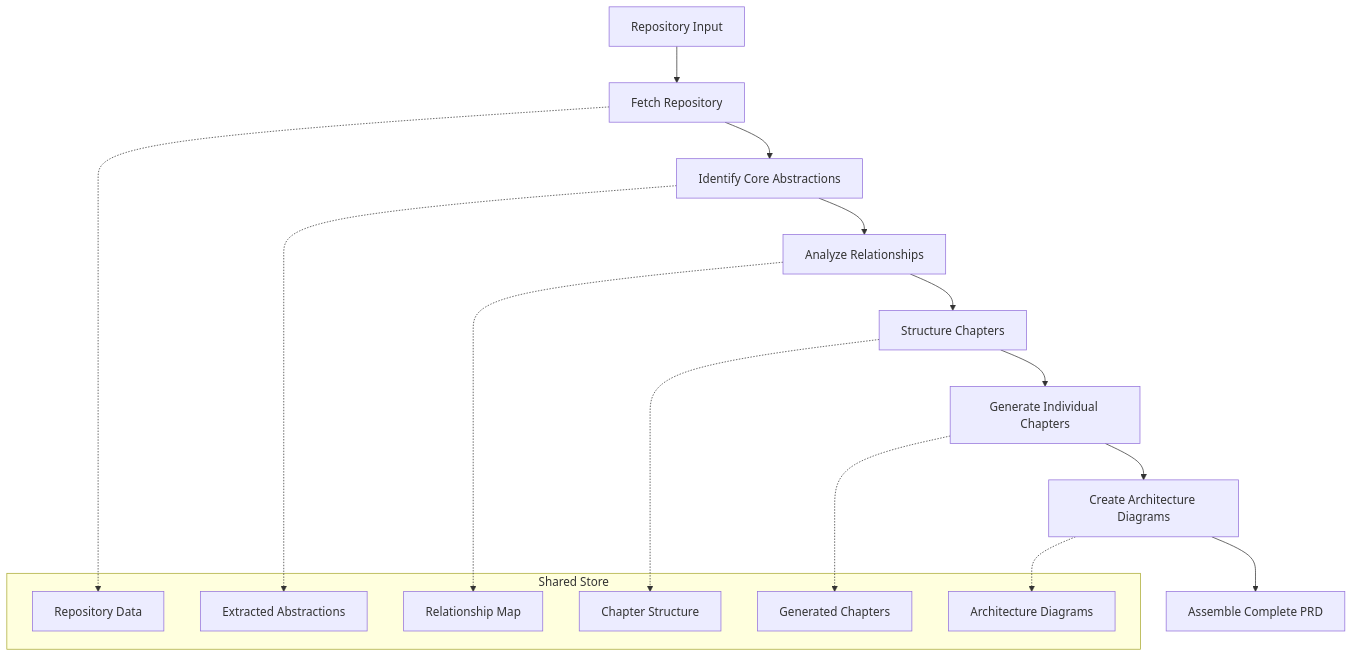
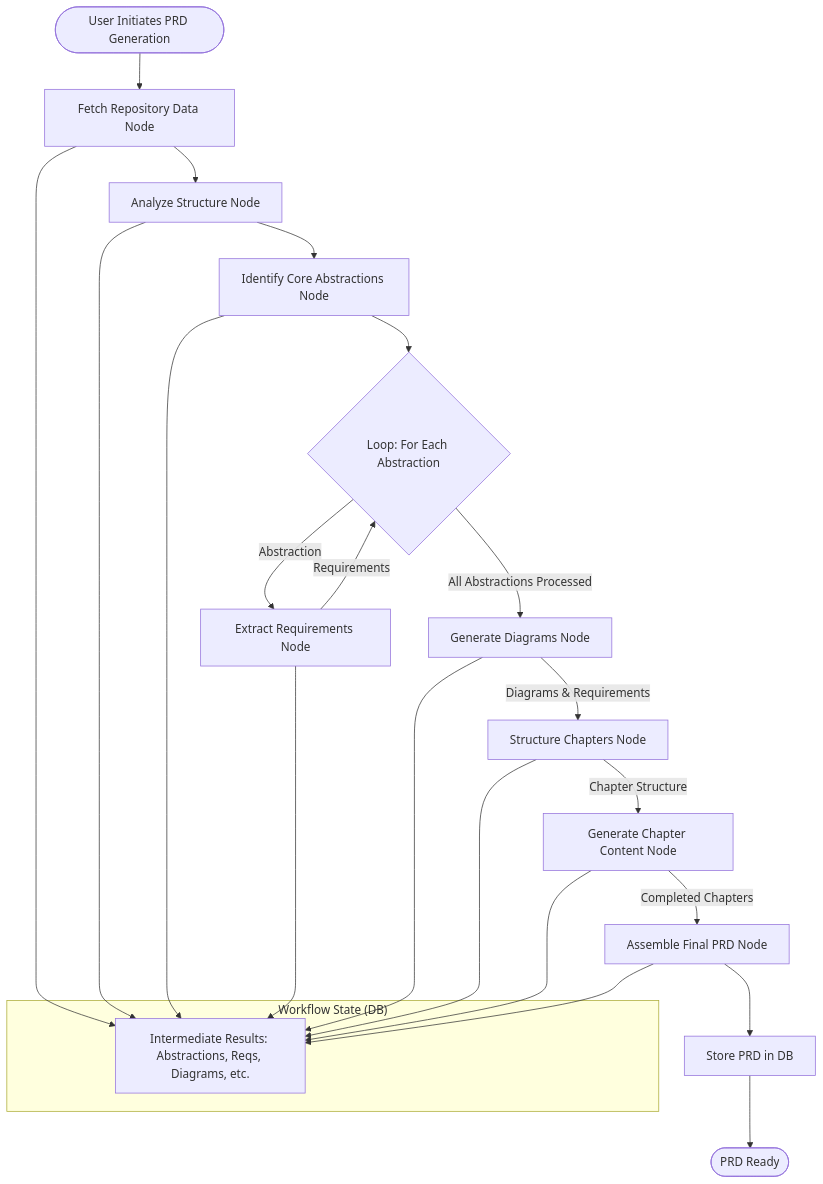
One commit to Danny-Devs/gitlify changed the second of 2 diagrams in docs/technical_architecture.md. Above: the diagram before and after it, drawn with Mermaid. The commit also changed other lines of this file and 40 other files, not shown here.

````diff
--- a/docs/technical_architecture.md
+++ b/docs/technical_architecture.md
@@ -149,26 +132,28 @@
 ```mermaid
-graph TD
-    A[Repository Input] --> B[Fetch Repository]
-    B --> C[Identify Core Abstractions]
-    C --> D[Analyze Relationships]
-    D --> E[Structure Chapters]
-    E --> F[Generate Individual Chapters]
-    F --> G[Create Architecture Diagrams]
-    G --> H[Assemble Complete PRD]
+flowchart TD
+    START([User Initiates PRD Generation]) --> FetchRepo[Fetch Repository Data Node]
+    FetchRepo --> AnalyzeStructure[Analyze Structure Node]
+    AnalyzeStructure --> IdentifyAbstractions[Identify Core Abstractions Node]
+    IdentifyAbstractions --> ReqLoop{Loop: For Each Abstraction}
+    ReqLoop -- Abstraction --> ExtractReqs[Extract Requirements Node]
+    ExtractReqs -- Requirements --> ReqLoop
+    ReqLoop -- All Abstractions Processed --> GenerateDiagrams[Generate Diagrams Node]
+    GenerateDiagrams -- Diagrams & Requirements --> StructureChapters[Structure Chapters Node]
+    StructureChapters -- Chapter Structure --> GenerateChapters[Generate Chapter Content Node]
+    GenerateChapters -- Completed Chapters --> AssemblePRD[Assemble Final PRD Node]
+    AssemblePRD --> StorePRD[Store PRD in DB]
+    StorePRD --> END([PRD Ready])
 
-    subgraph "Shared Store"
-        I[Repository Data]
-        J[Extracted Abstractions]
-        K[Relationship Map]
-        L[Chapter Structure]
-        M[Generated Chapters]
-        N[Architecture Diagrams]
+    subgraph "Workflow State (DB)"
+        StateData[Intermediate Results: Abstractions, Reqs, Diagrams, etc.]
     end
 
-    B -.-> I
-    C -.-> J
-    D -.-> K
-    E -.-> L
-    F -.-> M
-    G -.-> N
+    FetchRepo --> StateData
+    AnalyzeStructure --> StateData
+    IdentifyAbstractions --> StateData
+    ExtractReqs --> StateData
+    GenerateDiagrams --> StateData
+    StructureChapters --> StateData
+    GenerateChapters --> StateData
+    AssemblePRD --> StateData
 ```
````
